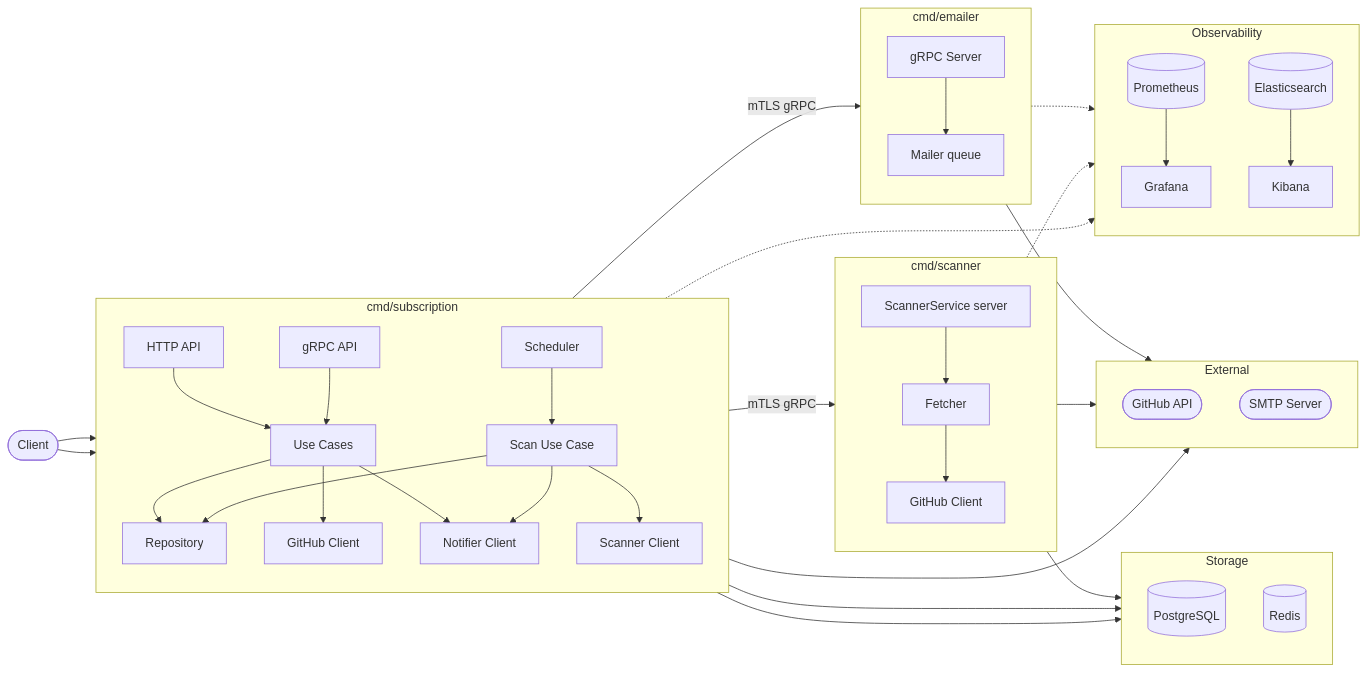
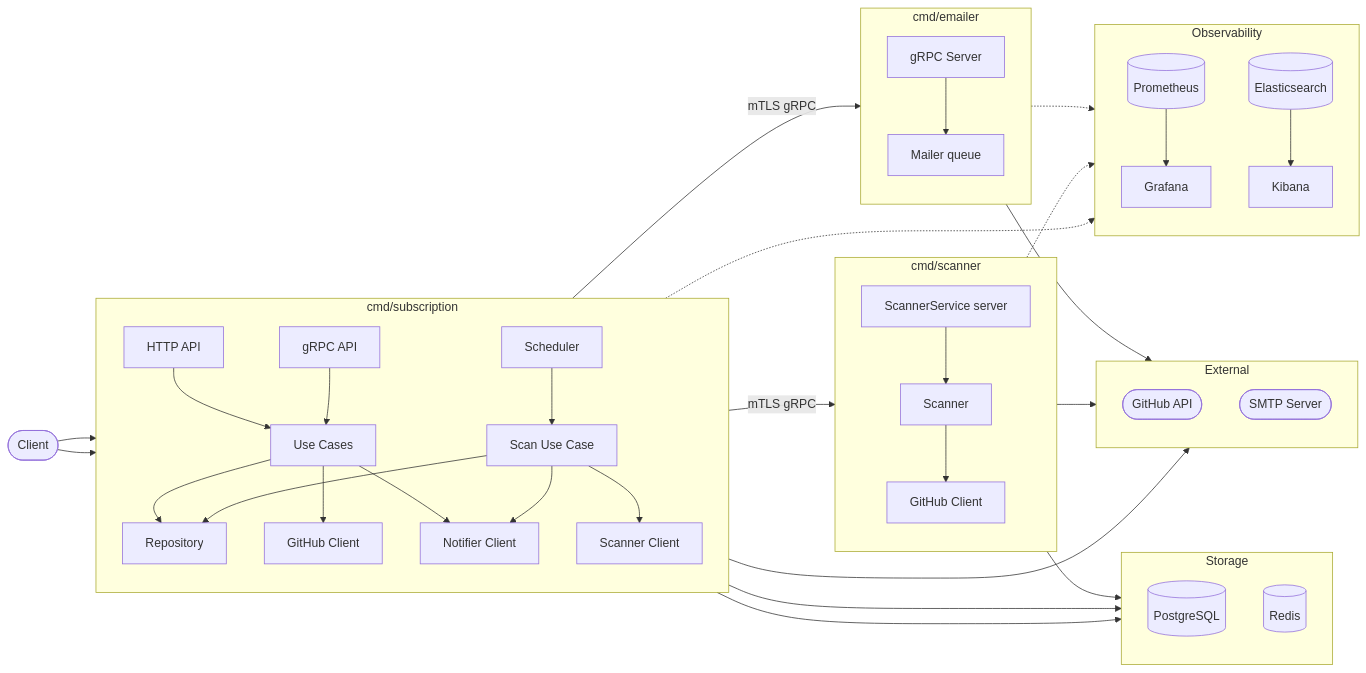
One commit to GenesisEducationKyiv/software-engineering-school-6-0-mzabrodin changed the first of 4 diagrams in docs/sdd.md. Above: the diagram before and after it, drawn with Mermaid. The commit also changed other lines of this file and 6 other files, not shown here.

Commit message:
refactor(scanner): replace FetchLatestReleases with Scan across proto, use case, and tests

````diff
--- a/docs/sdd.md
+++ b/docs/sdd.md
@@ -56,66 +56,66 @@
 ```mermaid
 flowchart LR
     User([Client])
 
     subgraph app[cmd/subscription]
         direction TB
         HTTP[HTTP API]
         GRPC[gRPC API]
         UC[Use Cases]
         Scheduler[Scheduler]
         ScanUC[Scan Use Case]
         ScannerClient[Scanner Client]
         Repo[Repository]
         GHClient[GitHub Client]
         NotifierClient[Notifier Client]
     end
 
     subgraph scanner[cmd/scanner]
         direction TB
         ScannerServer[ScannerService server]
-        Fetcher[Fetcher]
+        Scanner[Scanner]
         ScanGHClient[GitHub Client]
     end
 
     subgraph emailer[cmd/emailer]
         direction TB
         EmailerServer[gRPC Server]
         Mailer[Mailer queue]
     end
 
     subgraph storage[Storage]
         direction TB
         DB[(PostgreSQL)]
         Redis[(Redis)]
     end
 
     subgraph external[External]
         direction TB
         GHAPI([GitHub API])
         SMTP([SMTP Server])
     end
 
     subgraph obs[Observability]
         direction TB
         Prom[(Prometheus)] --> Graf[Grafana]
         ES[(Elasticsearch)] --> Kib[Kibana]
     end
 
     User --> HTTP & GRPC
     HTTP --> UC
     GRPC --> UC
     UC --> Repo & GHClient & NotifierClient
     Scheduler --> ScanUC
     ScanUC --> Repo & ScannerClient & NotifierClient
-    ScannerClient -->|mTLS gRPC| ScannerServer --> Fetcher --> ScanGHClient
+    ScannerClient -->|mTLS gRPC| ScannerServer --> Scanner --> ScanGHClient
     NotifierClient -->|mTLS gRPC| EmailerServer --> Mailer
     Repo --> DB
     GHClient --> Redis
     ScanGHClient --> Redis
     GHClient --> GHAPI
     ScanGHClient --> GHAPI
     Mailer --> SMTP
     app -.-> obs
     scanner -.-> obs
     emailer -.-> obs
 ```
````
